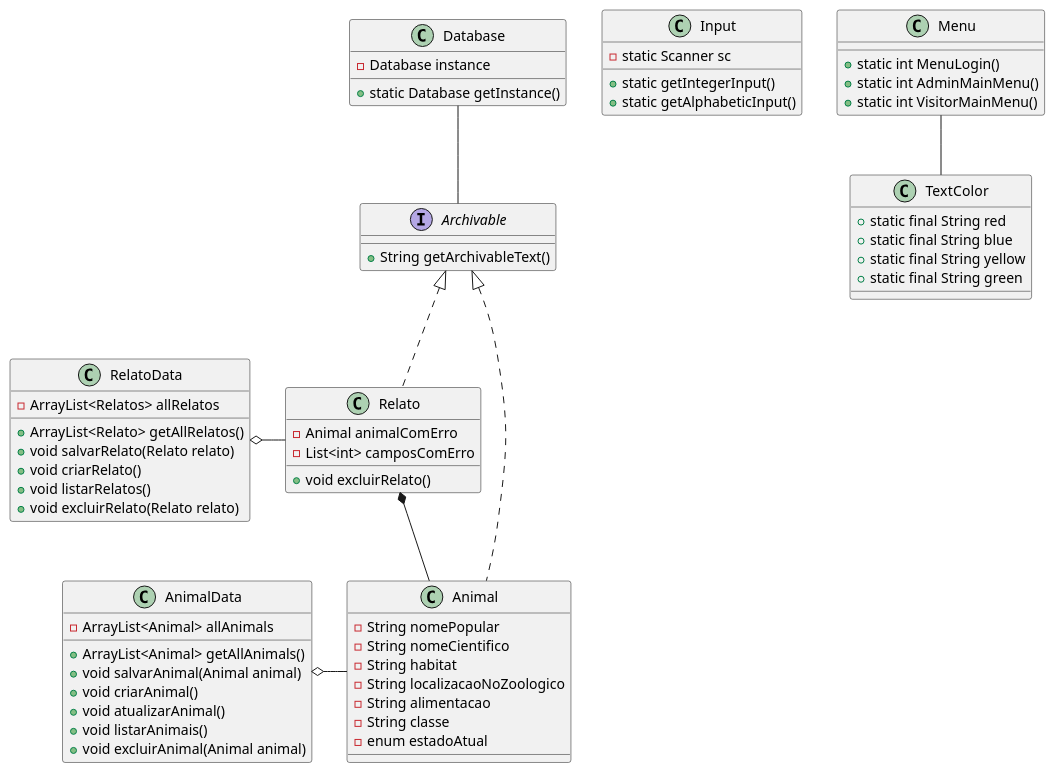
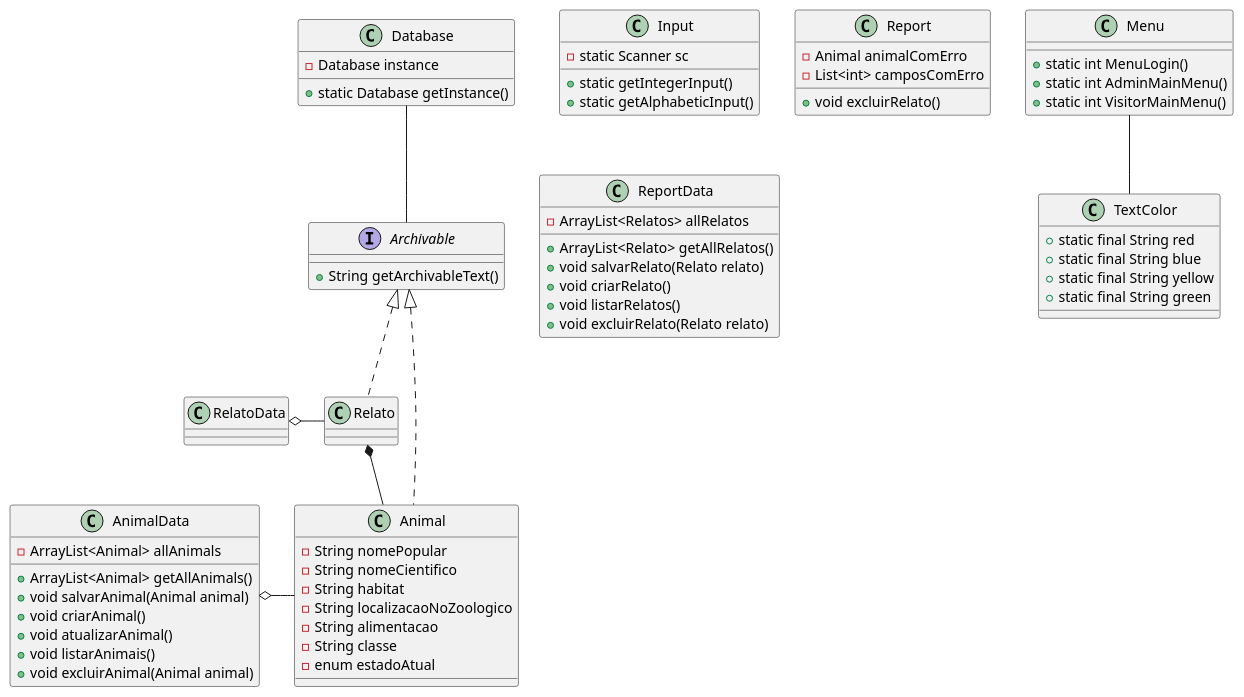
One commit to RanmaYT/ZooSystem changed the diagram in Diagramas/classDiagram.plantuml. Above: the diagram before and after it, drawn with PlantUML. The commit also changed 9 other files, not shown here.

Commit message:
Implementação: Classes do diagrama de classes

```diff
--- a/Diagramas/classDiagram.plantuml
+++ b/Diagramas/classDiagram.plantuml
@@ -1,104 +1,104 @@
 @startuml Class Diagram
     ' Sistema de Dados (Classes relacionadas ao tratamento de dados e banco de dados)
 
     class Database {
         ' Essa classe vai ser um singleton
 
         - Database instance
         
         + static Database getInstance()
     }
 
     interface Archivable {
         + String getArchivableText()
     }
 
     ' Sistema de Inputs (Classes responsáveis por coletar e tratar inputs do usuário)
 
     class Input {
         - static Scanner sc
 
         + static getIntegerInput()
         + static getAlphabeticInput()
     }
 
     ' Sistema Visual (Classes de estilização e escrita no console)
     class Menu {
         + static int MenuLogin()
         + static int AdminMainMenu()
         + static int VisitorMainMenu()
     }
 
     class TextColor {
         + static final String red
         + static final String blue
         + static final String yellow
         + static final String green
     }
 
     ' Sistema de Objetos (Classes que irão ser instanciadas e guardadas como objetos)
 
     class Animal {
         ' Eu posso tornar essa classe em uma classe abstrata e separar os bichos em classes 
         ' concretas sendo suas classes como "Mamifero", "Ave", "Repteis", etc... (Para aplicar o factory method)
 
         - String nomePopular
         - String nomeCientifico
         - String habitat
         - String localizacaoNoZoologico
         - String alimentacao
         - String classe
         - enum estadoAtual
     }
 
-    class Relato {
+    class Report {
         - Animal animalComErro
         - List<int> camposComErro
 
         + void excluirRelato()
     }
 
     ' Classes operacionais (Classes que vão fazer operações, utilizando dados como acessórios)
     ' Talvez eu possa criar uma interface aqui pra abstrair ja que ambos se comportam parecido
     class AnimalData {
         - ArrayList<Animal> allAnimals
         
         + ArrayList<Animal> getAllAnimals()
         + void salvarAnimal(Animal animal)
         + void criarAnimal()
         + void atualizarAnimal()
         + void listarAnimais()
         + void excluirAnimal(Animal animal)
     }
 
-    class RelatoData {
+    class ReportData {
         - ArrayList<Relatos> allRelatos
 
         + ArrayList<Relato> getAllRelatos()
         + void salvarRelato(Relato relato)
         + void criarRelato()
         + void listarRelatos()
         + void excluirRelato(Relato relato)
     }
 
     ' Relacionamento entre as classes
 
     ' Associações 
     Database -- Archivable
     Menu -- TextColor
     
 
     ' Implementações 
     Archivable <|.. Animal
     Archivable <|.. Relato
 
     ' Composição (Uma parte não pode existir sem o todo)
     Relato *-- Animal
     
     ' Agregação (Uma parte pode existir sem o todo)
     RelatoData o- Relato
     AnimalData o- Animal
 
     ' Herança
 
 @enduml
```
